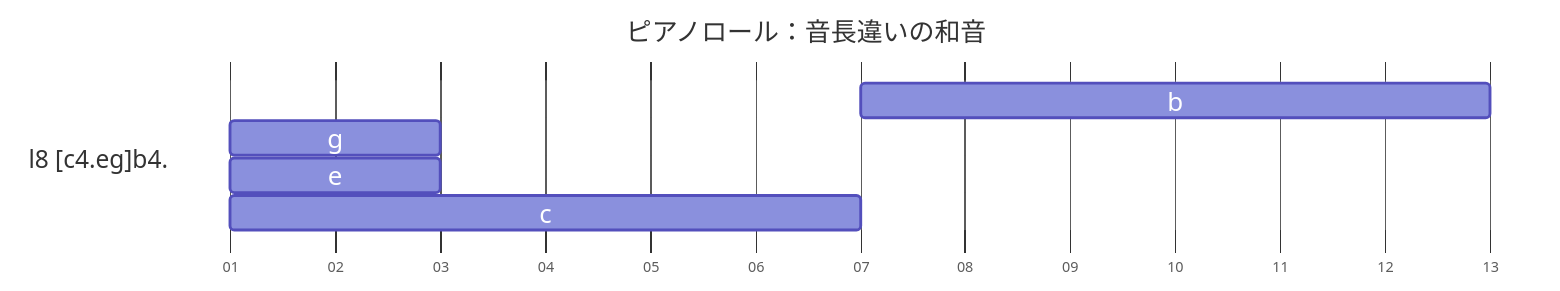
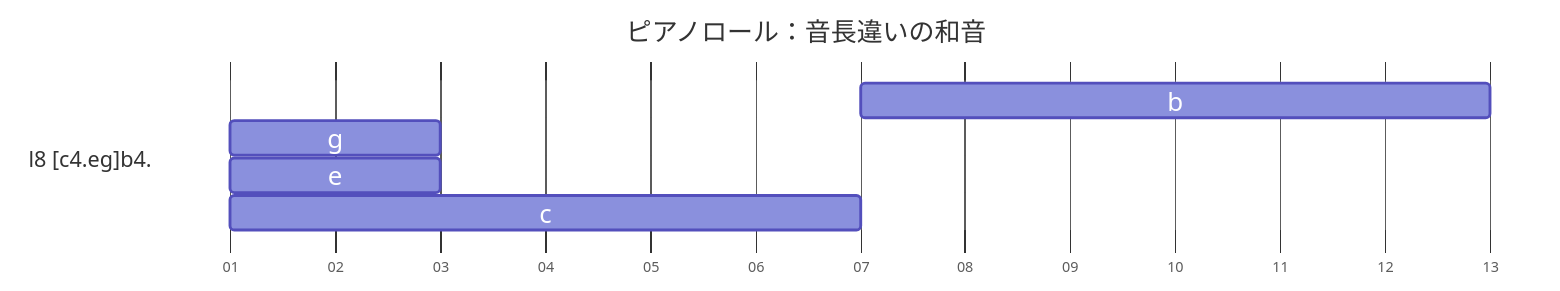
The third of 4 diagrams in docs/ch09/9_2.md (lineardrive/V3MMLmanual), drawn with Mermaid before and after one commit. The commit also changed other lines of this file, not shown here.

````diff
--- a/docs/ch09/9_2.md
+++ b/docs/ch09/9_2.md
@@ -87,29 +87,29 @@
 ```mermaid
 ---
 config:
   themeCSS: >-
     .tick text { display: none; }
   themeVariables:
     excludeBkgColor: "transparent"
     sectionBkgColor: "#fff"
   gantt:
     topPadding: 64
     titleTopMargin: 35
     barHeight: 24
     barGap: 2
     fontSize: 18
-    sectionFontSize: 17
+    sectionFontSize: 15
     leftPadding: 150
 ---
 gantt
     title ピアノロール：音長違いの和音
     dateFormat YYYY-MM-DD
     tickInterval 1day
     axisFormat %d
 
     section l8 [c4.eg]b4.
         b :  t4,   after t1, 6d
         g :  t3, 2025-01-01, 2d
         e :  t2, 2025-01-01, 2d
         c :  t1, 2025-01-01, 6d
 ```
````
